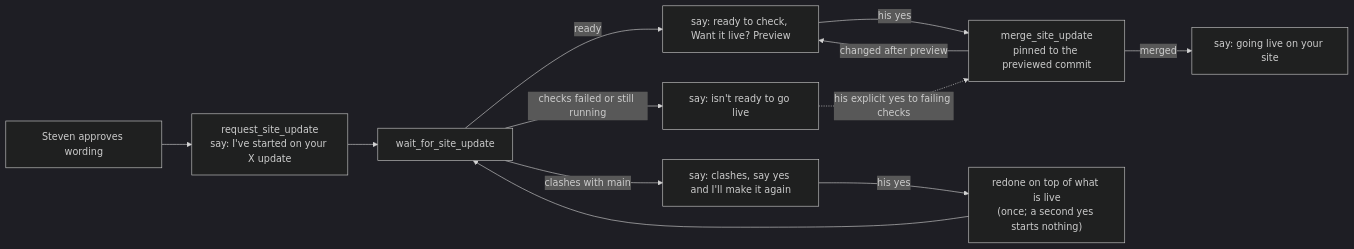
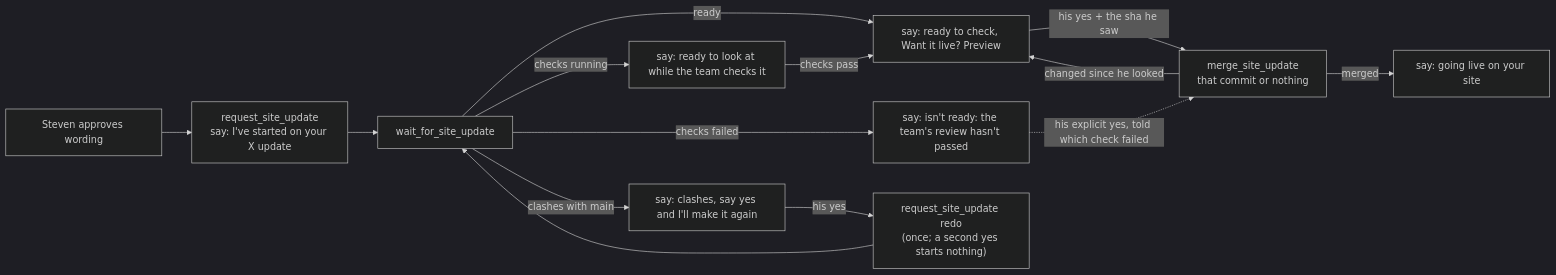
One commit to stewils/stevenwilssens.com changed the diagram in specs/mcp-plain-english.md. Above: the diagram before and after it, drawn with Mermaid (dark theme). The commit also changed other lines of this file and 10 other files, not shown here.

First line of the commit message:
Plain-English updates: only the version you saw goes live, and checks still running are not failures

````diff
--- a/specs/mcp-plain-english.md
+++ b/specs/mcp-plain-english.md
@@ -19,16 +19,18 @@
 ```mermaid
 flowchart LR
   ask[Steven approves wording] --> start["request_site_update<br/>say: I've started on your X update"]
   start --> wait["wait_for_site_update"]
   wait -->|ready| ready["say: ready to check, Want it live? Preview"]
-  wait -->|checks failed or still running| held["say: isn't ready to go live"]
+  wait -->|checks running| checking["say: ready to look at while the team checks it"]
+  wait -->|checks failed| held["say: isn't ready: the team's review hasn't passed"]
   wait -->|clashes with main| clash["say: clashes, say yes and I'll make it again"]
-  ready -->|his yes| merge["merge_site_update<br/>pinned to the previewed commit"]
-  clash -->|his yes| redo["redone on top of what is live<br/>(once; a second yes starts nothing)"]
+  checking -->|checks pass| ready
+  ready -->|"his yes + the sha he saw"| merge["merge_site_update<br/>that commit or nothing"]
+  clash -->|his yes| redo["request_site_update redo<br/>(once; a second yes starts nothing)"]
   redo --> wait
   merge -->|merged| live["say: going live on your site"]
-  merge -->|changed after preview| ready
-  held -.->|"his explicit yes to failing checks"| merge
-  class ask,ready,clash you
+  merge -->|changed since he looked| ready
+  held -.->|"his explicit yes, told which check failed"| merge
+  class ask,ready,clash,held you
   class merge gate
 ```
````
